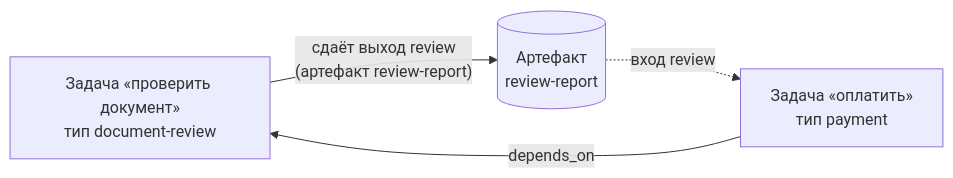
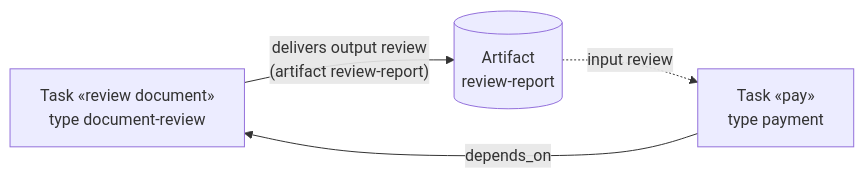
One commit to monthu56/taimen changed the fourth of 5 diagrams in guide/docs/control-plane/task-types.md. Above: the diagram before and after it, drawn with Mermaid. The commit also changed other lines of this file and 183 other files, not shown here.

````diff
--- a/guide/docs/control-plane/task-types.md
+++ b/guide/docs/control-plane/task-types.md
@@ -299,6 +300,6 @@
 ```mermaid
 flowchart LR
-    R["Задача «проверить документ»<br/>тип document-review"] -->|"сдаёт выход review<br/>(артефакт review-report)"| A[("Артефакт<br/>review-report")]
-    P["Задача «оплатить»<br/>тип payment"] -->|depends_on| R
-    A -.->|"вход review"| P
+    R["Task «review document»<br/>type document-review"] -->|"delivers output review<br/>(artifact review-report)"| A[("Artifact<br/>review-report")]
+    P["Task «pay»<br/>type payment"] -->|depends_on| R
+    A -.->|"input review"| P
 ```
````
